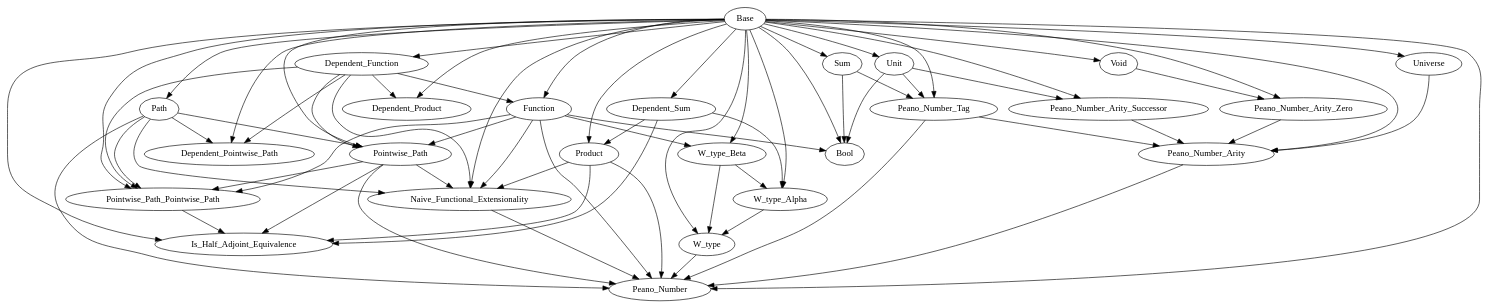
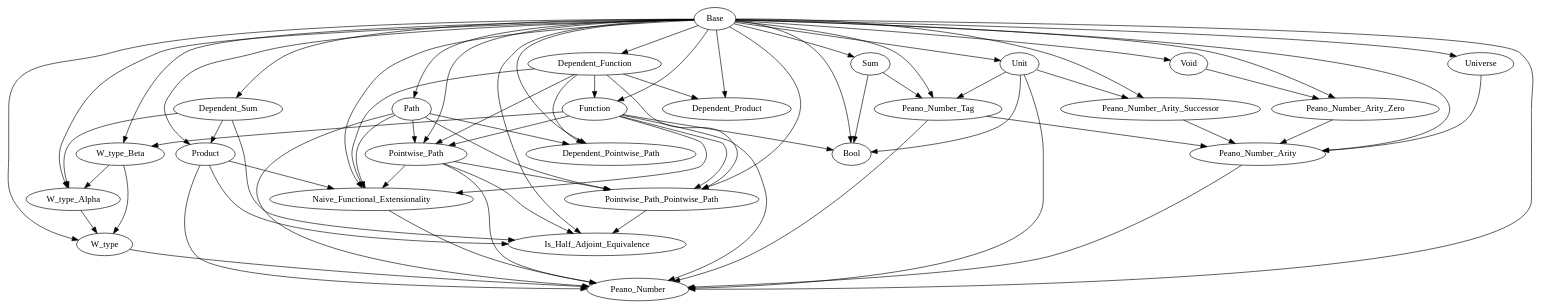
One commit to Hexirp/googology-in-coq changed the diagram in libraries/dependencies.gv. Above: the diagram before and after it, drawn with Graphviz. The commit also changed 1 other file, not shown here.

Commit message:
Update: Peano_Number を

```diff
--- a/libraries/dependencies.gv
+++ b/libraries/dependencies.gv
@@ -1,96 +1,97 @@
 digraph Dependencies {
   # Base
   # Dependent_Function
   "Base" -> "Dependent_Function";
   # Function
   "Base" -> "Function";
   "Dependent_Function" -> "Function";
   # Dependent_Product
   "Base" -> "Dependent_Product";
   "Dependent_Function" -> "Dependent_Product";
   # Dependent_Sum
   "Base" -> "Dependent_Sum";
   # Product
   "Base" -> "Product";
   "Dependent_Sum" -> "Product";
   # Sum
   "Base" -> "Sum";
   # Unit
   "Base" -> "Unit";
   # Void
   "Base" -> "Void";
   # W_type_Beta
   "Base" -> "W_type_Beta";
   "Function" -> "W_type_Beta";
   # W_type_Alpha
   "Base" -> "W_type_Alpha";
   "Dependent_Sum" -> "W_type_Alpha";
   "W_type_Beta" -> "W_type_Alpha";
   # W_type
   "Base" -> "W_type";
   "W_type_Alpha" -> "W_type";
   "W_type_Beta" -> "W_type";
   # Universe
   "Base" -> "Universe";
   # Path
   "Base" -> "Path";
   # Dependent_Pointwise_Path
   "Base" -> "Dependent_Pointwise_Path";
   "Dependent_Function" -> "Dependent_Pointwise_Path";
   "Path" -> "Dependent_Pointwise_Path";
   # Pointwise_Path
   "Base" -> "Pointwise_Path";
   "Dependent_Function" -> "Pointwise_Path";
   "Function" -> "Pointwise_Path";
   "Path" -> "Pointwise_Path";
   # Pointwise_Path_Pointwise_Path
   "Base" -> "Pointwise_Path_Pointwise_Path";
   "Dependent_Function" -> "Pointwise_Path_Pointwise_Path";
   "Function" -> "Pointwise_Path_Pointwise_Path";
   "Path" -> "Pointwise_Path_Pointwise_Path";
   "Pointwise_Path" -> "Pointwise_Path_Pointwise_Path";
   # Is_Half_Adjoint_Equivalence
   "Base" -> "Is_Half_Adjoint_Equivalence";
   "Dependent_Sum" -> "Is_Half_Adjoint_Equivalence";
   "Product" -> "Is_Half_Adjoint_Equivalence";
   "Pointwise_Path" -> "Is_Half_Adjoint_Equivalence";
   "Pointwise_Path_Pointwise_Path" -> "Is_Half_Adjoint_Equivalence";
   # Naive_Functional_Extensionality
   "Base" -> "Naive_Functional_Extensionality";
   "Dependent_Function" -> "Naive_Functional_Extensionality";
   "Function" -> "Naive_Functional_Extensionality";
   "Product" -> "Naive_Functional_Extensionality";
   "Path" -> "Naive_Functional_Extensionality";
   "Pointwise_Path" -> "Naive_Functional_Extensionality";
   # Bool
   "Base" -> "Bool";
   "Function" -> "Bool";
   "Sum" -> "Bool";
   "Unit" -> "Bool";
   # Peano_Number_Tag
   "Base" -> "Peano_Number_Tag";
   "Sum" -> "Peano_Number_Tag";
   "Unit" -> "Peano_Number_Tag";
   # Peano_Number_Arity_Zero
   "Base" -> "Peano_Number_Arity_Zero";
   "Void" -> "Peano_Number_Arity_Zero";
   # Peano_Number_Arity_Successor
   "Base" -> "Peano_Number_Arity_Successor";
   "Unit" -> "Peano_Number_Arity_Successor";
   # Peano_Number_Arity
   "Base" -> "Peano_Number_Arity";
   "Universe" -> "Peano_Number_Arity";
   "Peano_Number_Tag" -> "Peano_Number_Arity";
   "Peano_Number_Arity_Zero" -> "Peano_Number_Arity";
   "Peano_Number_Arity_Successor" -> "Peano_Number_Arity";
   # Peano_Number
   "Base" -> "Peano_Number";
   "Function" -> "Peano_Number";
   "Product" -> "Peano_Number";
+  "Unit" -> "Peano_Number";
   "W_type" -> "Peano_Number";
   "Path" -> "Peano_Number";
   "Pointwise_Path" -> "Peano_Number";
   "Naive_Functional_Extensionality" -> "Peano_Number";
   "Peano_Number_Tag" -> "Peano_Number";
   "Peano_Number_Arity" -> "Peano_Number";
 }
```
